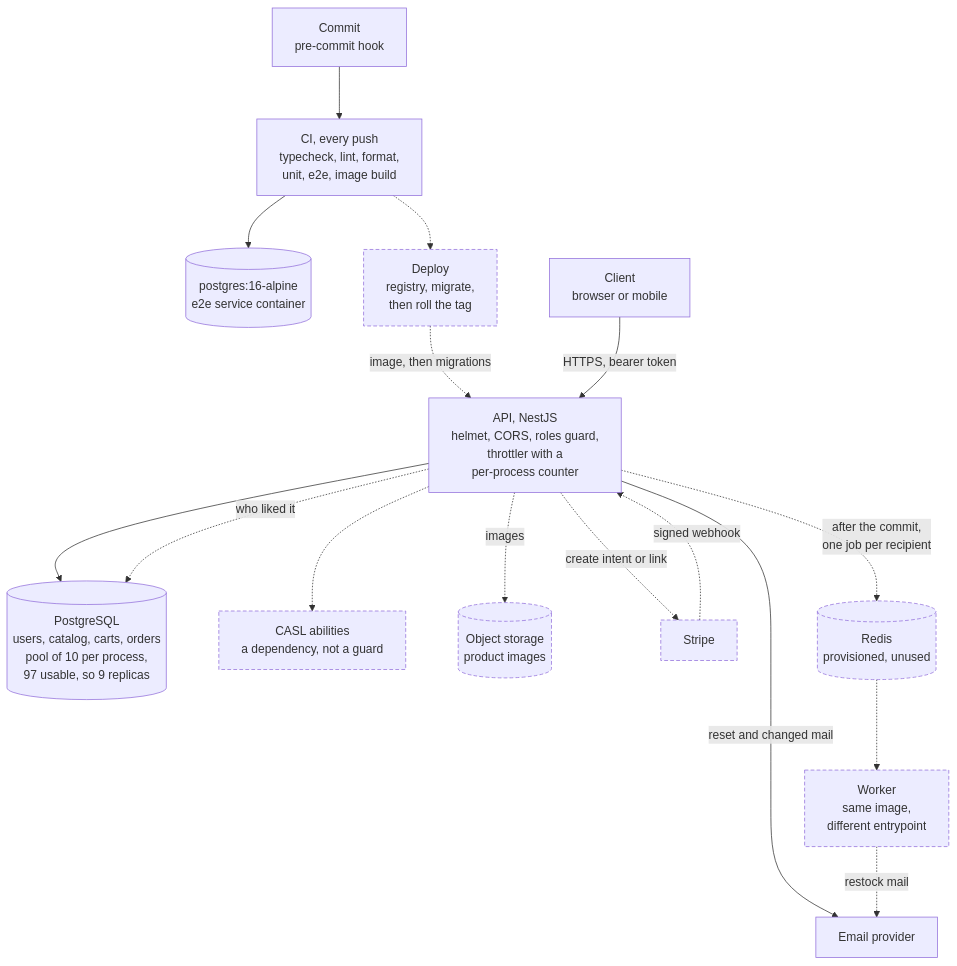
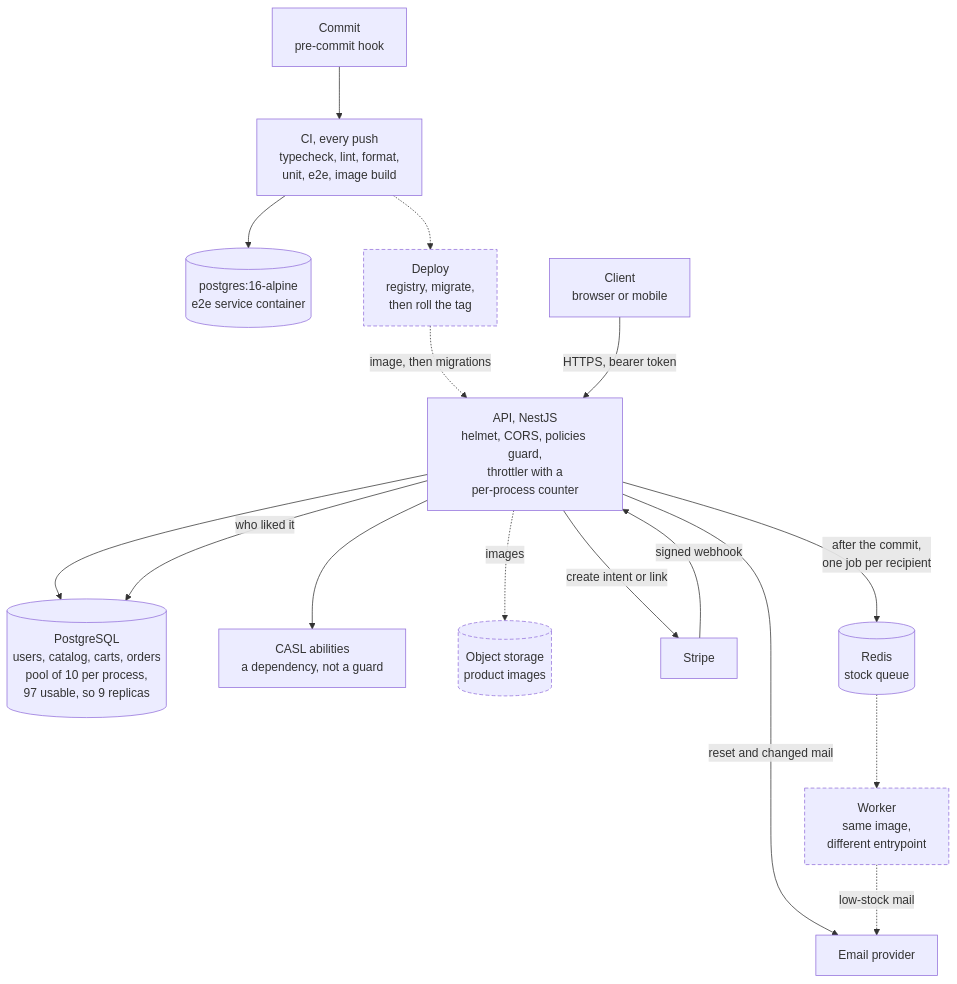
One commit to f3r21/t-shirt-store-api changed the diagram in ARCHITECTURE.md. Above: the diagram before and after it, drawn with Mermaid. The commit also changed 25 other files, not shown here.

Commit message:
feat: add the low-stock producer on BullMQ, from both stock writers

````diff
--- a/ARCHITECTURE.md
+++ b/ARCHITECTURE.md
@@ -6,38 +6,38 @@
 ```mermaid
 %%{init: {"flowchart": {"nodeSpacing": 70, "rankSpacing": 70}}}%%
 flowchart TB
     code["Commit<br/>pre-commit hook"]
     ci["CI, every push<br/>typecheck, lint, format,<br/>unit, e2e, image build"]
     citest[("postgres:16-alpine<br/>e2e service container")]
     deploy["Deploy<br/>registry, migrate,<br/>then roll the tag"]
 
     client["Client<br/>browser or mobile"]
-    api["API, NestJS<br/>helmet, CORS, roles guard,<br/>throttler with a<br/>per-process counter"]
+    api["API, NestJS<br/>helmet, CORS, policies guard,<br/>throttler with a<br/>per-process counter"]
     pg[("PostgreSQL<br/>users, catalog, carts, orders<br/>pool of 10 per process,<br/>97 usable, so 9 replicas")]
     casl["CASL abilities<br/>a dependency, not a guard"]
     store[("Object storage<br/>product images")]
     smtp["Email provider"]
     stripe["Stripe"]
-    redis[("Redis<br/>provisioned, unused")]
+    redis[("Redis<br/>stock queue")]
     worker["Worker<br/>same image,<br/>different entrypoint"]
 
     code --> ci
     ci --> citest
     ci -.-> deploy
     deploy -.->|"image, then migrations"| api
 
     client -->|"HTTPS, bearer token"| api
     api --> pg
-    api -.->|"who liked it"| pg
-    api -.-> casl
+    api -->|"who liked it"| pg
+    api --> casl
     api -.->|"images"| store
     api -->|"reset and changed mail"| smtp
-    api -.->|"create intent or link"| stripe
-    api -.->|"after the commit,<br/>one job per recipient"| redis
-    stripe -.->|"signed webhook"| api
+    api -->|"create intent or link"| stripe
+    api -->|"after the commit,<br/>one job per recipient"| redis
+    stripe -->|"signed webhook"| api
     redis -.-> worker
-    worker -.->|"restock mail"| smtp
+    worker -.->|"low-stock mail"| smtp
 
     classDef planned stroke-dasharray:5 3
-    class casl,deploy,stripe,store,redis,worker planned
+    class deploy,store,worker planned
 ```
````
